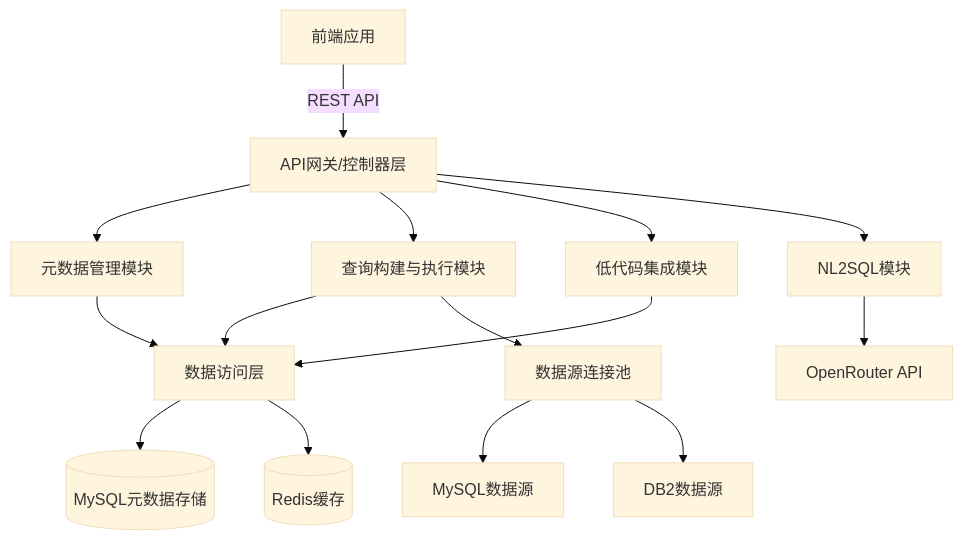
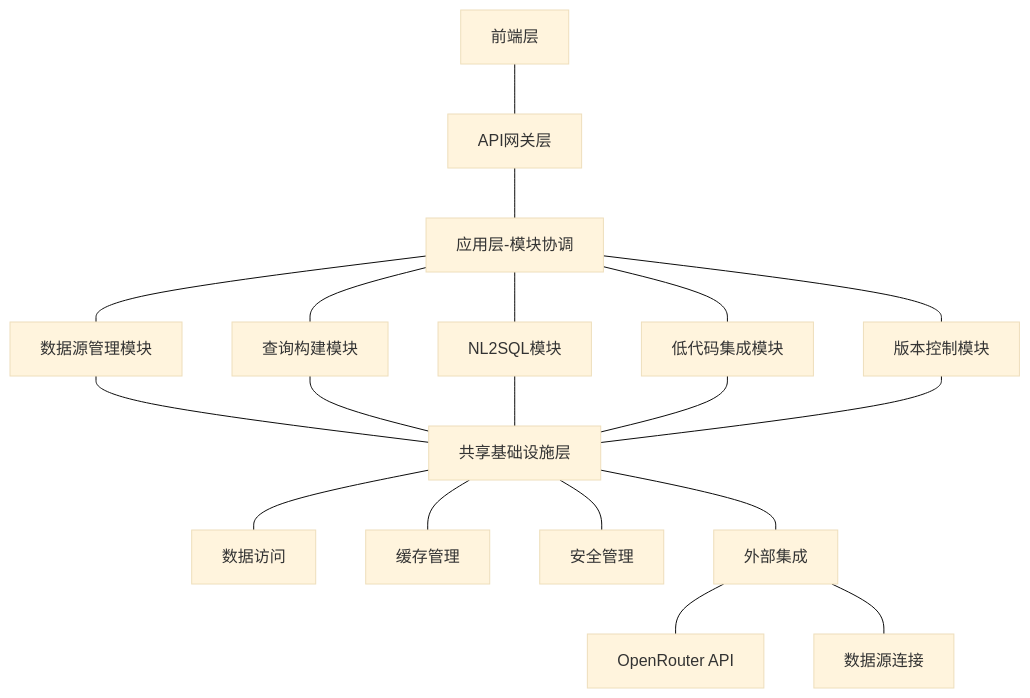
Before and after one commit to im47cn/data-scope: the first of 8 diagrams in docs/architecture.md, drawn with Mermaid (base theme). The commit also changed other lines of this file and 26 other files, not shown here.

````diff
--- a/docs/architecture.md
+++ b/docs/architecture.md
@@ -11,17 +11,21 @@
 ```mermaid
 graph TD
-    A[前端应用] -- REST API --> B[API网关/控制器层]
-    B --> C[元数据管理模块]
-    B --> D[查询构建与执行模块]
-    B --> E[低代码集成模块]
-    B --> F[NL2SQL模块]
-    C --> G[数据访问层]
-    D --> G
-    E --> G
-    G --> H[(MySQL元数据存储)]
-    G --> I[(Redis缓存)]
-    F --> J[OpenRouter API]
-    D --> K[数据源连接池]
-    K --> L[MySQL数据源]
-    K --> M[DB2数据源]
+    A[前端层] --- B[API网关层]
+    B --- C[应用层-模块协调]
+    C --- D1[数据源管理模块]
+    C --- D2[查询构建模块]
+    C --- D3[NL2SQL模块]
+    C --- D4[低代码集成模块]
+    C --- D5[版本控制模块]
+    D1 --- E[共享基础设施层]
+    D2 --- E
+    D3 --- E
+    D4 --- E
+    D5 --- E
+    E --- F1[数据访问]
+    E --- F2[缓存管理]
+    E --- F3[安全管理]
+    E --- F4[外部集成]
+    F4 --- G1[OpenRouter API]
+    F4 --- G2[数据源连接]
 ```
````
